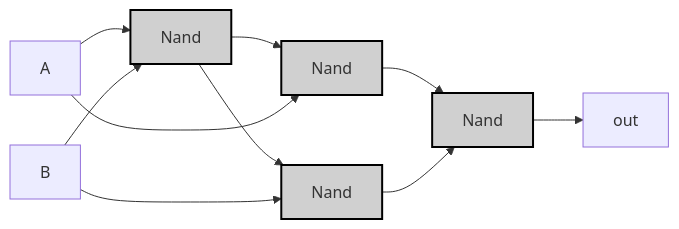
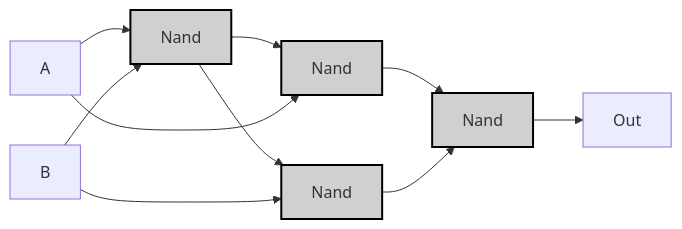
One commit to MeJamoLeo/Vault_Templates changed the second of 2 diagrams in 99_Projects/Nand2Tetris/HackHDL/04_Xor.md. Above: the diagram before and after it, drawn with Mermaid. The commit also changed other lines of this file, not shown here.

````diff
--- a/99_Projects/Nand2Tetris/HackHDL/04_Xor.md
+++ b/99_Projects/Nand2Tetris/HackHDL/04_Xor.md
@@ -152,14 +152,14 @@
 ```mermaid
 graph LR;
     A["A"] --> Nand1;
     B["B"] --> Nand1;
     Nand1["Nand"]:::gate --> Nand2["Nand"]:::gate;
     A --> Nand2;
     Nand1 --> Nand3["Nand"]:::gate;
     B --> Nand3;
     Nand2 --> Nand4["Nand"]:::gate;
     Nand3 --> Nand4;
-    Nand4 --> OUT["out"];
+    Nand4 --> OUT["Out"];
     
     classDef gate fill:#d0d0d0,stroke:#000,stroke-width:2px;
 ```
````
